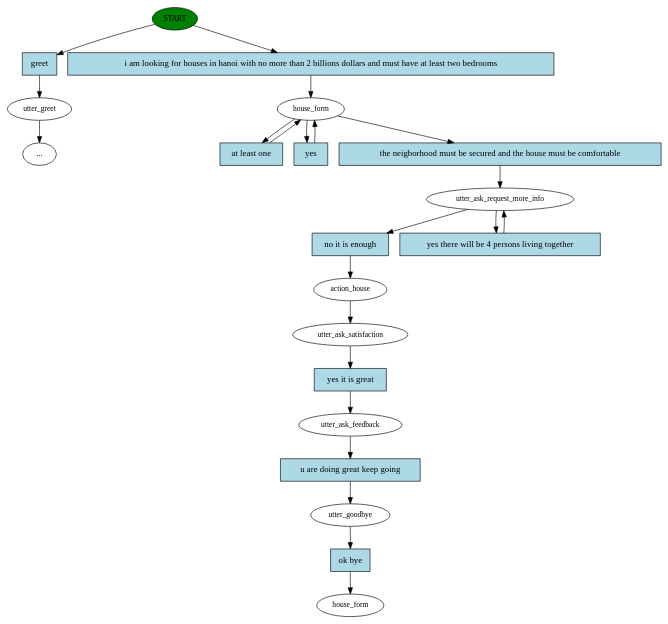
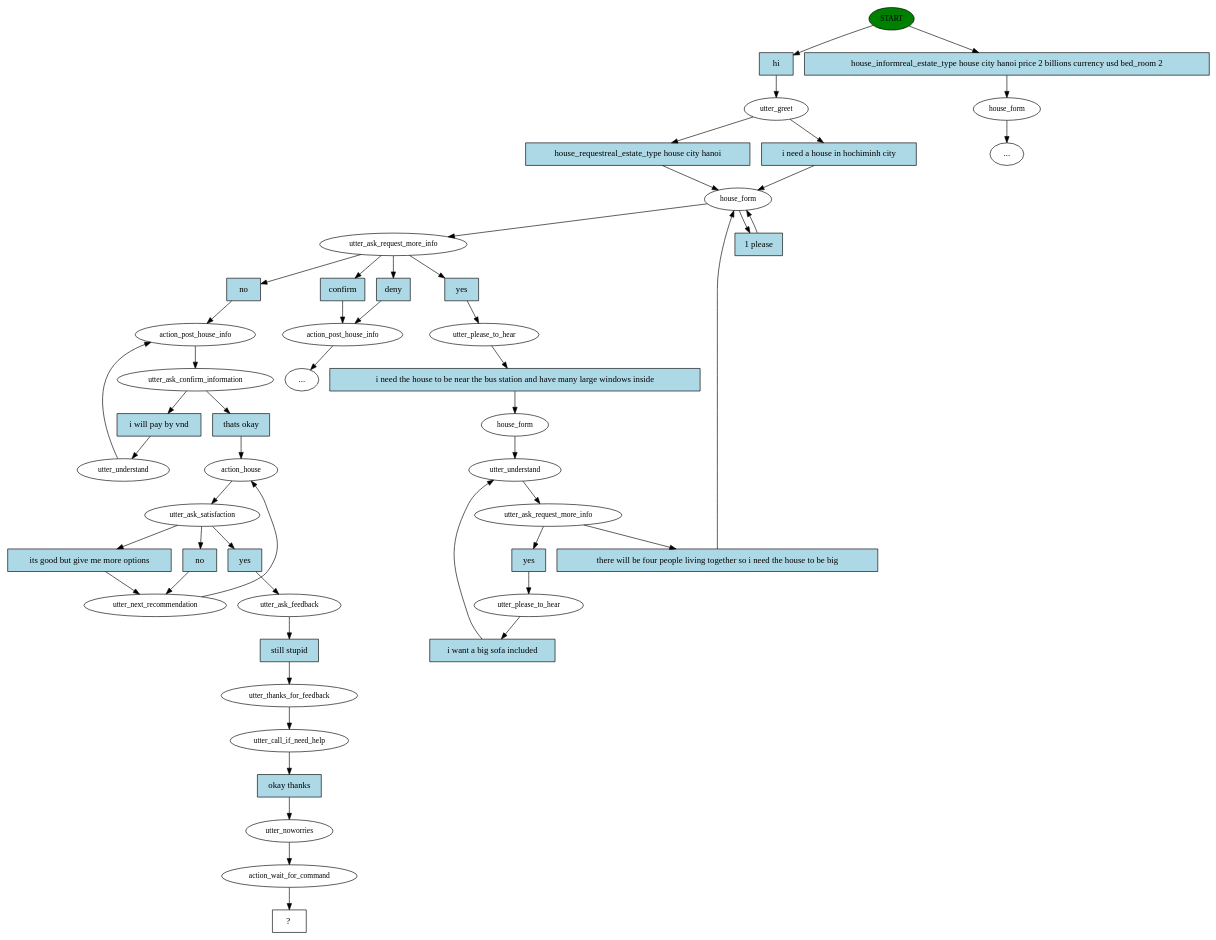
Before and after one commit to trhgnhat/real_estate_rasa_chatbot: the diagram in story_graph.dot, drawn with Graphviz. The commit also changed 355 other files, not shown here.

```diff
--- a/story_graph.dot
+++ b/story_graph.dot
@@ -1,44 +1,99 @@
 digraph  {
 0 [class="start active", fillcolor=green, fontsize=12, label=START, style=filled];
-1 [class="", fontsize=12, label=utter_greet];
-"-5" [class=ellipsis, label="..."];
-4 [class=active, fontsize=12, label=house_form];
-8 [class=active, fontsize=12, label=utter_ask_request_more_info];
-10 [class=active, fontsize=12, label=action_house];
-11 [class=active, fontsize=12, label=utter_ask_satisfaction];
-12 [class=active, fontsize=12, label=utter_ask_feedback];
-13 [class=active, fontsize=12, label=utter_goodbye];
-14 [class="dashed active", fontsize=12, label=house_form];
-15 [class=intent, fillcolor=lightblue, label=greet, shape=rect, style=filled];
-16 [class="intent active", fillcolor=lightblue, label="i am looking for houses in hanoi with no more than 2 billions dollars and must have at least two bedrooms", shape=rect, style=filled];
-17 [class="intent active", fillcolor=lightblue, label="at least one", shape=rect, style=filled];
-18 [class="intent active", fillcolor=lightblue, label=yes, shape=rect, style=filled];
-19 [class="intent active", fillcolor=lightblue, label="the neigborhood must be secured and the house must be comfortable", shape=rect, style=filled];
-20 [class="intent active", fillcolor=lightblue, label="no it is enough", shape=rect, style=filled];
-21 [class="intent active", fillcolor=lightblue, label="yes there will be 4 persons living together", shape=rect, style=filled];
-22 [class="intent active", fillcolor=lightblue, label="yes it is great", shape=rect, style=filled];
-23 [class="intent active", fillcolor=lightblue, label="u are doing great keep going", shape=rect, style=filled];
-24 [class="intent active", fillcolor=lightblue, label="ok bye", shape=rect, style=filled];
-0 -> 15  [class="", key=0];
-0 -> 16  [class=active, key=0];
-1 -> "-5"  [class="", key=NONE, label=""];
-4 -> 17  [class=active, key=0];
-4 -> 18  [class=active, key=0];
-4 -> 19  [class=active, key=0];
-8 -> 20  [class=active, key=0];
-8 -> 21  [class=active, key=0];
-10 -> 11  [class=active, key=NONE, label=""];
-11 -> 22  [class=active, key=0];
-12 -> 23  [class=active, key=0];
-13 -> 24  [class=active, key=0];
-15 -> 1  [class="", key=0];
-16 -> 4  [class=active, key=0];
-17 -> 4  [class=active, key=0];
-18 -> 4  [class=active, key=0];
-19 -> 8  [class=active, key=0];
-20 -> 10  [class=active, key=0];
-21 -> 8  [class=active, key=0];
-22 -> 12  [class=active, key=0];
-23 -> 13  [class=active, key=0];
-24 -> 14  [class=active, key=0];
+1 [class=active, fontsize=12, label=utter_greet];
+2 [class=active, fontsize=12, label=house_form];
+3 [class=active, fontsize=12, label=utter_ask_request_more_info];
+4 [class="", fontsize=12, label=action_post_house_info];
+"-578" [class=ellipsis, label="..."];
+2305 [class="", fontsize=12, label=house_form];
+"-642" [class=ellipsis, label="..."];
+2378 [class=active, fontsize=12, label=utter_please_to_hear];
+2379 [class=active, fontsize=12, label=house_form];
+2380 [class=active, fontsize=12, label=utter_understand];
+2381 [class=active, fontsize=12, label=utter_ask_request_more_info];
+2382 [class=active, fontsize=12, label=utter_please_to_hear];
+2387 [class=active, fontsize=12, label=action_post_house_info];
+2388 [class=active, fontsize=12, label=utter_ask_confirm_information];
+2389 [class=active, fontsize=12, label=utter_understand];
+2392 [class=active, fontsize=12, label=action_house];
+2393 [class=active, fontsize=12, label=utter_ask_satisfaction];
+2394 [class=active, fontsize=12, label=utter_next_recommendation];
+2400 [class=active, fontsize=12, label=utter_ask_feedback];
+2401 [class=active, fontsize=12, label=utter_thanks_for_feedback];
+2402 [class=active, fontsize=12, label=utter_call_if_need_help];
+2403 [class=active, fontsize=12, label=utter_noworries];
+2404 [class=active, fontsize=12, label=action_wait_for_command];
+2405 [class="intent dashed active", label="  ?  ", shape=rect];
+2406 [class="intent active", fillcolor=lightblue, label=hi, shape=rect, style=filled];
+2407 [class=intent, fillcolor=lightblue, label="house_informreal_estate_type house city hanoi price 2 billions currency usd bed_room 2", shape=rect, style=filled];
+2408 [class=intent, fillcolor=lightblue, label="house_requestreal_estate_type house city hanoi", shape=rect, style=filled];
+2409 [class="intent active", fillcolor=lightblue, label="i need a house in hochiminh city", shape=rect, style=filled];
+2410 [class="intent active", fillcolor=lightblue, label="1 please", shape=rect, style=filled];
+2411 [class=intent, fillcolor=lightblue, label=deny, shape=rect, style=filled];
+2412 [class=intent, fillcolor=lightblue, label=confirm, shape=rect, style=filled];
+2413 [class="intent active", fillcolor=lightblue, label=yes, shape=rect, style=filled];
+2414 [class="intent active", fillcolor=lightblue, label=no, shape=rect, style=filled];
+2415 [class="intent active", fillcolor=lightblue, label="i need the house to be near the bus station and have many large windows inside", shape=rect, style=filled];
+2416 [class="intent active", fillcolor=lightblue, label=yes, shape=rect, style=filled];
+2417 [class="intent active", fillcolor=lightblue, label="there will be four people living together so i need the house to be big", shape=rect, style=filled];
+2418 [class="intent active", fillcolor=lightblue, label="i want a big sofa included", shape=rect, style=filled];
+2419 [class="intent active", fillcolor=lightblue, label="i will pay by vnd", shape=rect, style=filled];
+2420 [class="intent active", fillcolor=lightblue, label="thats okay", shape=rect, style=filled];
+2421 [class="intent active", fillcolor=lightblue, label=no, shape=rect, style=filled];
+2422 [class="intent active", fillcolor=lightblue, label="its good but give me more options", shape=rect, style=filled];
+2423 [class="intent active", fillcolor=lightblue, label=yes, shape=rect, style=filled];
+2424 [class="intent active", fillcolor=lightblue, label="still stupid", shape=rect, style=filled];
+2425 [class="intent active", fillcolor=lightblue, label="okay thanks", shape=rect, style=filled];
+0 -> 2406  [class=active, key=0];
+0 -> 2407  [class="", key=0];
+1 -> 2408  [class="", key=0];
+1 -> 2409  [class=active, key=0];
+2 -> 3  [class=active, key=NONE, label=""];
+2 -> 2410  [class=active, key=0];
+3 -> 2411  [class="", key=0];
+3 -> 2412  [class="", key=0];
+3 -> 2413  [class=active, key=0];
+3 -> 2414  [class=active, key=0];
+4 -> "-578"  [class="", key=NONE, label=""];
+2305 -> "-642"  [class="", key=NONE, label=""];
+2378 -> 2415  [class=active, key=0];
+2379 -> 2380  [class=active, key=NONE, label=""];
+2380 -> 2381  [class=active, key=NONE, label=""];
+2381 -> 2416  [class=active, key=0];
+2381 -> 2417  [class=active, key=0];
+2382 -> 2418  [class=active, key=0];
+2387 -> 2388  [class=active, key=NONE, label=""];
+2388 -> 2419  [class=active, key=0];
+2388 -> 2420  [class=active, key=0];
+2389 -> 2387  [class=active, key=NONE, label=""];
+2392 -> 2393  [class=active, key=NONE, label=""];
+2393 -> 2421  [class=active, key=0];
+2393 -> 2422  [class=active, key=0];
+2393 -> 2423  [class=active, key=0];
+2394 -> 2392  [class=active, key=NONE, label=""];
+2400 -> 2424  [class=active, key=0];
+2401 -> 2402  [class=active, key=NONE, label=""];
+2402 -> 2425  [class=active, key=0];
+2403 -> 2404  [class=active, key=NONE, label=""];
+2404 -> 2405  [class=active, key=NONE, label=""];
+2406 -> 1  [class=active, key=0];
+2407 -> 2305  [class="", key=0];
+2408 -> 2  [class="", key=0];
+2409 -> 2  [class=active, key=0];
+2410 -> 2  [class=active, key=0];
+2411 -> 4  [class="", key=0];
+2412 -> 4  [class="", key=0];
+2413 -> 2378  [class=active, key=0];
+2414 -> 2387  [class=active, key=0];
+2415 -> 2379  [class=active, key=0];
+2416 -> 2382  [class=active, key=0];
+2417 -> 2  [class=active, key=0];
+2418 -> 2380  [class=active, key=0];
+2419 -> 2389  [class=active, key=0];
+2420 -> 2392  [class=active, key=0];
+2421 -> 2394  [class=active, key=0];
+2422 -> 2394  [class=active, key=0];
+2423 -> 2400  [class=active, key=0];
+2424 -> 2401  [class=active, key=0];
+2425 -> 2403  [class=active, key=0];
 }
```
